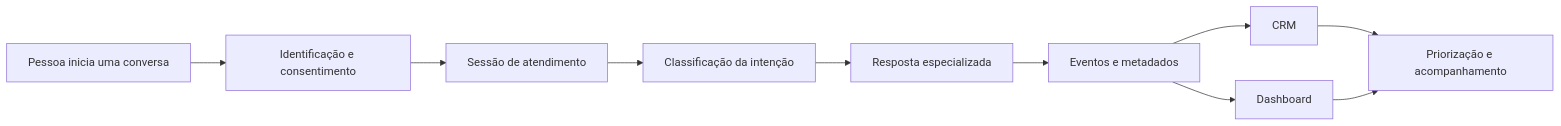
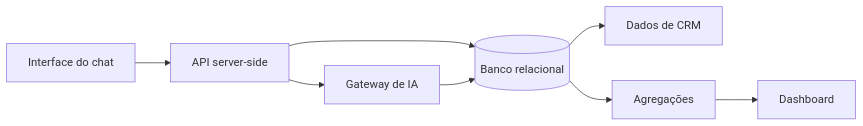
Before and after one commit to EduardoSwarowsky/guia-ia-conversacional-crm: the diagram in README.md, drawn with Mermaid. The commit also changed other lines of this file and 34 other files, not shown here.

````diff
--- a/README.md
+++ b/README.md
@@ -33,12 +35,10 @@
 ```mermaid
 flowchart LR
-  A[Pessoa inicia uma conversa] --> B[Identificação e consentimento]
-  B --> C[Sessão de atendimento]
-  C --> D[Classificação da intenção]
-  D --> E[Resposta especializada]
-  E --> F[Eventos e metadados]
-  F --> G[CRM]
-  F --> H[Dashboard]
-  G --> I[Priorização e acompanhamento]
-  H --> I
+  UI[Interface do chat] --> API[API server-side]
+  API --> AI[Gateway de IA]
+  API --> DB[(Banco relacional)]
+  DB --> CRM[Dados de CRM]
+  DB --> BI[Agregações]
+  BI --> DASH[Dashboard]
+  AI --> DB
 ```
````
